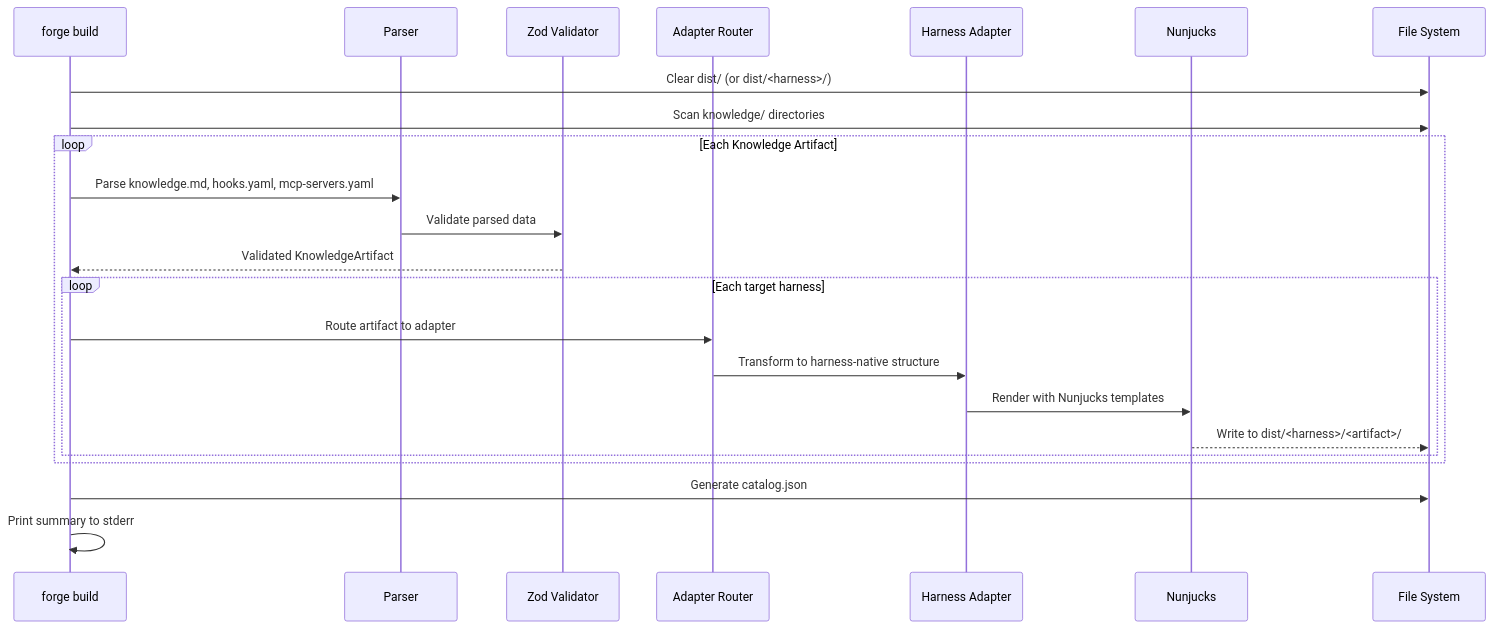
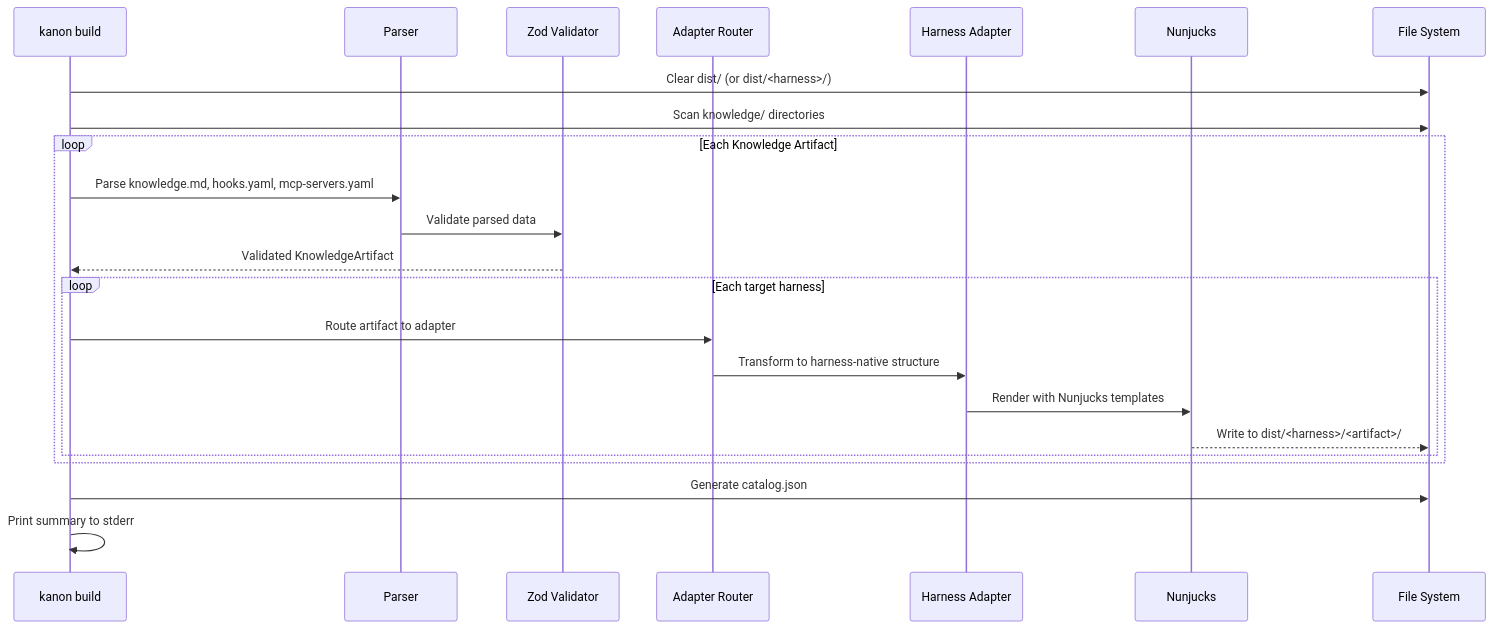
The third of 5 diagrams in .kiro/specs/skill-forge-monorepo/design.md (jhu-sheridan-libraries/agentic-skill-library), drawn with Mermaid before and after one commit. The commit also changed other lines of this file and 1269 other files, not shown here.

````diff
--- a/.kiro/specs/skill-forge-monorepo/design.md
+++ b/.kiro/specs/skill-forge-monorepo/design.md
@@ -95,26 +95,26 @@
 ```mermaid
 sequenceDiagram
-    participant CLI as forge build
+    participant CLI as kanon build
     participant Parser as Parser
     participant Validator as Zod Validator
     participant Router as Adapter Router
     participant Adapter as Harness Adapter
     participant Renderer as Nunjucks
     participant FS as File System
 
     CLI->>FS: Clear dist/ (or dist/<harness>/)
     CLI->>FS: Scan knowledge/ directories
     loop Each Knowledge Artifact
         CLI->>Parser: Parse knowledge.md, hooks.yaml, mcp-servers.yaml
         Parser->>Validator: Validate parsed data
         Validator-->>CLI: Validated KnowledgeArtifact
         loop Each target harness
             CLI->>Router: Route artifact to adapter
             Router->>Adapter: Transform to harness-native structure
             Adapter->>Renderer: Render with Nunjucks templates
             Renderer-->>FS: Write to dist/<harness>/<artifact>/
         end
     end
     CLI->>FS: Generate catalog.json
     CLI->>CLI: Print summary to stderr
 ```
````
